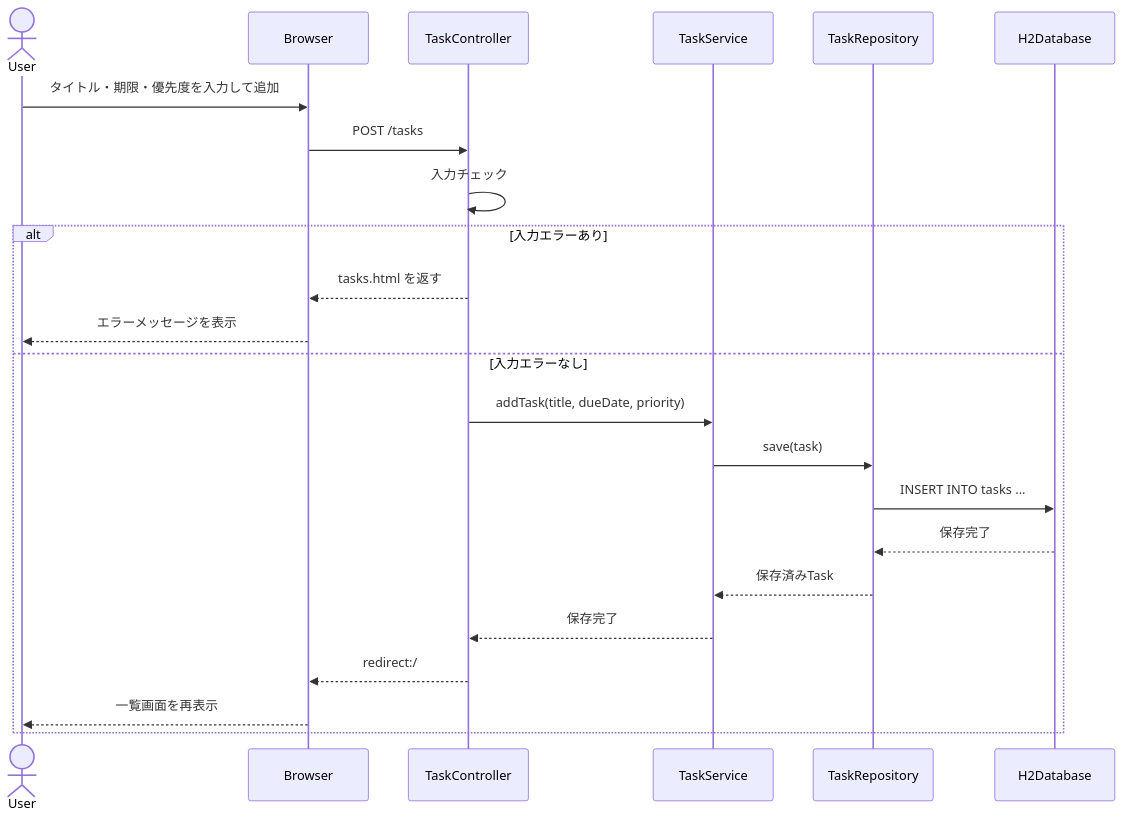
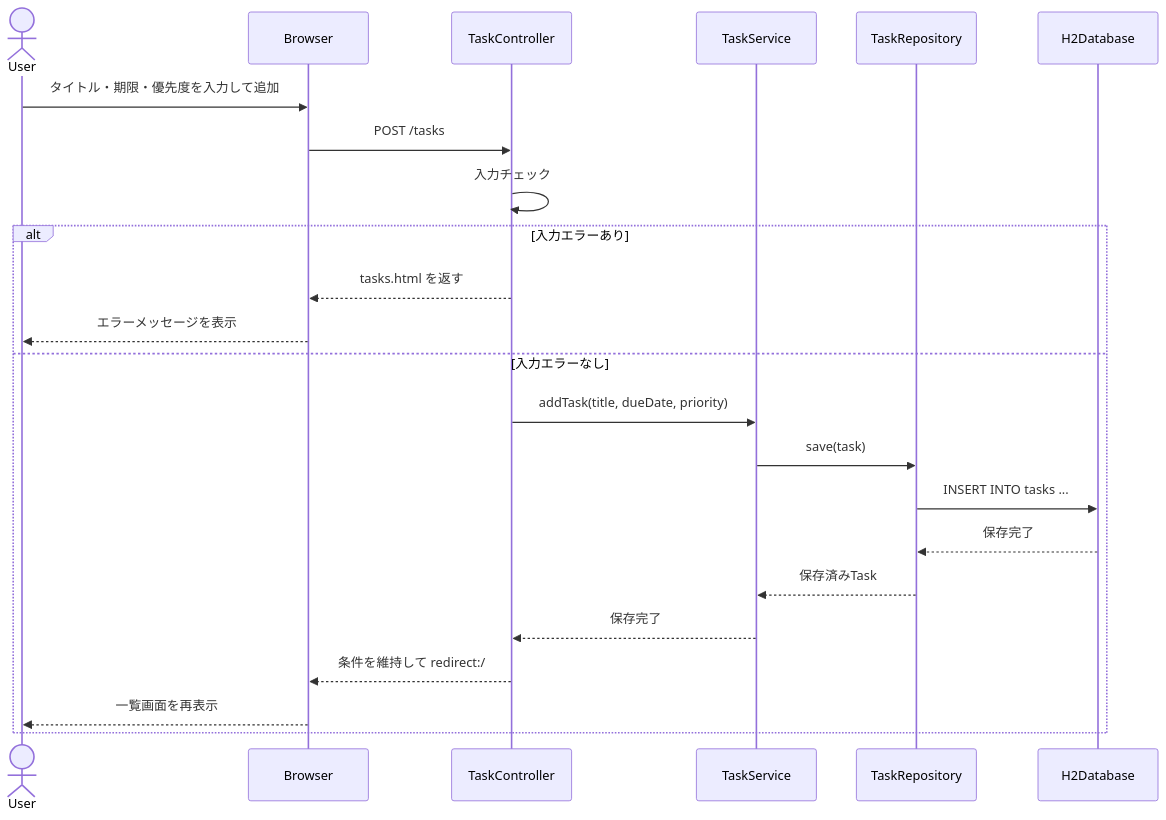
The second of 4 diagrams in README.md (mkunori/TaskList), drawn with Mermaid before and after one commit. The commit also changed other lines of this file, not shown here.

````diff
--- a/README.md
+++ b/README.md
@@ -125,27 +151,27 @@
 ```mermaid
 sequenceDiagram
     actor User
     participant Browser
     participant TaskController
     participant TaskService
     participant TaskRepository
     participant H2Database
 
     User->>Browser: タイトル・期限・優先度を入力して追加
     Browser->>TaskController: POST /tasks
     TaskController->>TaskController: 入力チェック
 
     alt 入力エラーあり
         TaskController-->>Browser: tasks.html を返す
         Browser-->>User: エラーメッセージを表示
     else 入力エラーなし
         TaskController->>TaskService: addTask(title, dueDate, priority)
         TaskService->>TaskRepository: save(task)
         TaskRepository->>H2Database: INSERT INTO tasks ...
         H2Database-->>TaskRepository: 保存完了
         TaskRepository-->>TaskService: 保存済みTask
         TaskService-->>TaskController: 保存完了
-        TaskController-->>Browser: redirect:/
+        TaskController-->>Browser: 条件を維持して redirect:/
         Browser-->>User: 一覧画面を再表示
     end
 ```
````
